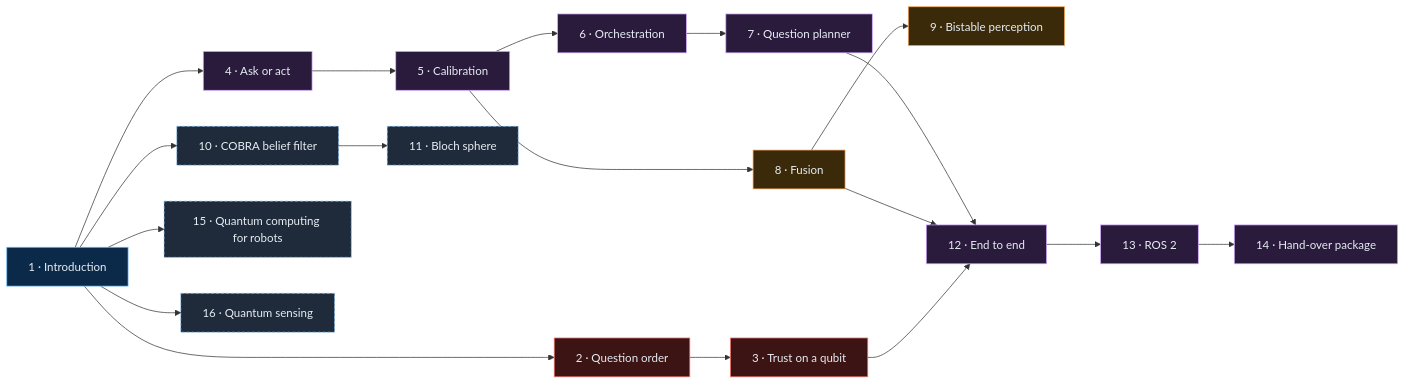
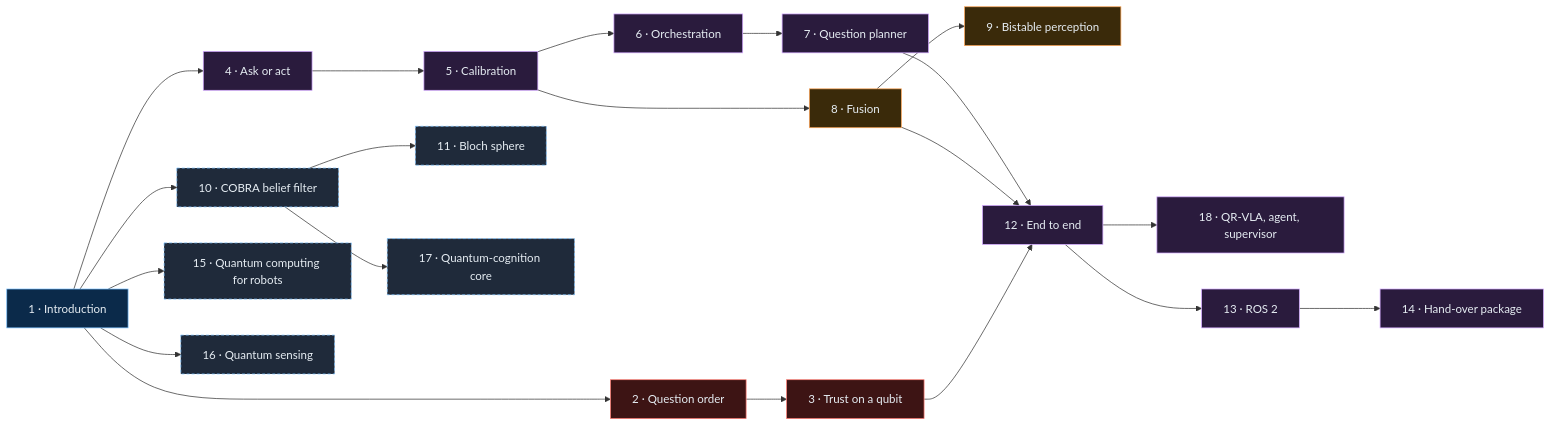
Before and after one commit to yeshwanthguru/Quantum-mind: the diagram in docs/tutorials/index.md, drawn with Mermaid. The commit also changed other lines of this file and 4 other files, not shown here.

````diff
--- a/docs/tutorials/index.md
+++ b/docs/tutorials/index.md
@@ -12,19 +12,21 @@
 ```{mermaid}
 flowchart LR
     accTitle: Reading order of the tutorials
-    accDescr: The introduction leads to four tracks: models of people (2, 3), the robot decision layer (4 to 7, then 12, 13 and the packaged hand-over use case 14), perception (8, 9) and the COBRA belief filter and viewer (10, 11), and the quantum computing and quantum sensing threads (15, 16).
+    accDescr: The introduction leads to four tracks: models of people (2, 3), the robot decision layer (4 to 7, then 12, 13 and the packaged hand-over use case 14), perception (8, 9) and the COBRA belief filter and viewer (10, 11), the quantum computing and quantum sensing threads (15, 16), the quantum-cognition core (17) and the QR-VLA with its agent and supervisor (18).
     T1["1 · Introduction"]:::a --> T2["2 · Question order"]:::h --> T3["3 · Trust on a qubit"]:::h
     T1 --> T4["4 · Ask or act"]:::r --> T5["5 · Calibration"]:::r --> T6["6 · Orchestration"]:::r --> T7["7 · Question planner"]:::r
     T5 --> T8["8 · Fusion"]:::p --> T9["9 · Bistable perception"]:::p
     T1 --> T10["10 · COBRA belief filter"]:::q --> T11["11 · Bloch sphere"]:::q
     T1 --> T15["15 · Quantum computing for robots"]:::q
     T1 --> T16["16 · Quantum sensing"]:::q
+    T10 --> T17["17 · Quantum-cognition core"]:::q
+    T12 --> T18["18 · QR-VLA, agent, supervisor"]:::r
     T7 --> T12["12 · End to end"]:::r
     T8 --> T12
     T3 --> T12 --> T13["13 · ROS 2"]:::r --> T14["14 · Hand-over package"]:::r
     classDef a fill:#0b2a4a,stroke:#79c0ff,color:#e6edf3
     classDef h fill:#3d1414,stroke:#ff7b72,color:#e6edf3
     classDef r fill:#2a1b3d,stroke:#d2a8ff,color:#e6edf3
     classDef p fill:#3a2a0a,stroke:#ffa657,color:#e6edf3
     classDef q fill:#1f2a3a,stroke:#79c0ff,color:#e6edf3,stroke-dasharray:4 3
 ```
````
